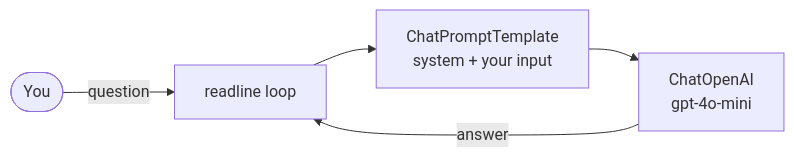
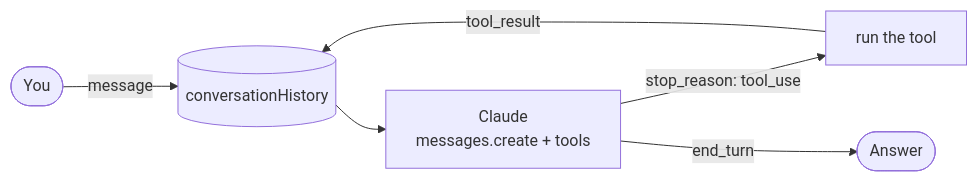
Before and after one commit to avnishyadav25/ai-agent-10-min: the diagram in README.md, drawn with Mermaid. The commit also changed other lines of this file and 5 other files, not shown here.

````diff
--- a/README.md
+++ b/README.md
@@ -27,7 +49,8 @@
 ```mermaid
 flowchart LR
-    U([You]) -->|question| L[readline loop]
-    L --> P[ChatPromptTemplate<br/>system + your input]
-    P --> M[ChatOpenAI<br/>gpt-4o-mini]
-    M -->|answer| L
+    U([You]) -->|message| H[(conversationHistory)]
+    H --> C[Claude<br/>messages.create + tools]
+    C -->|stop_reason: tool_use| T[run the tool]
+    T -->|tool_result| H
+    C -->|end_turn| A([Answer])
 ```
````
